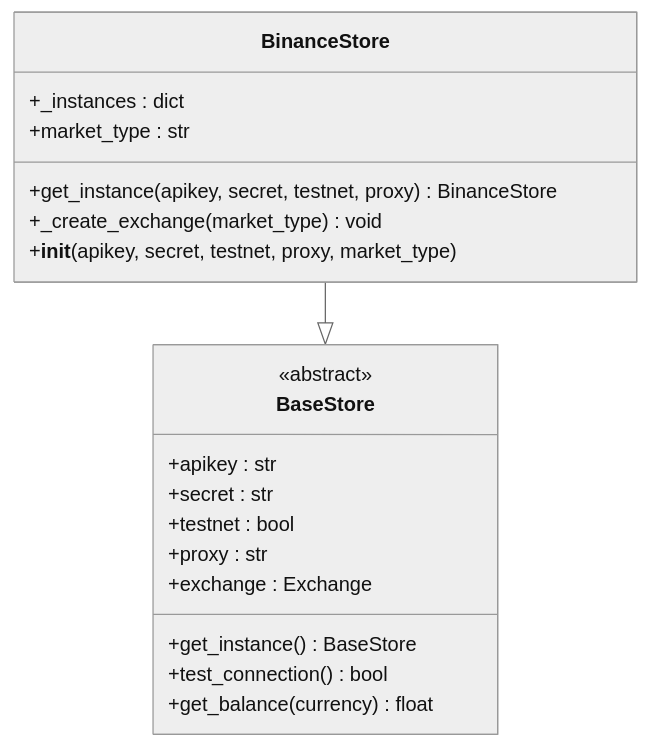
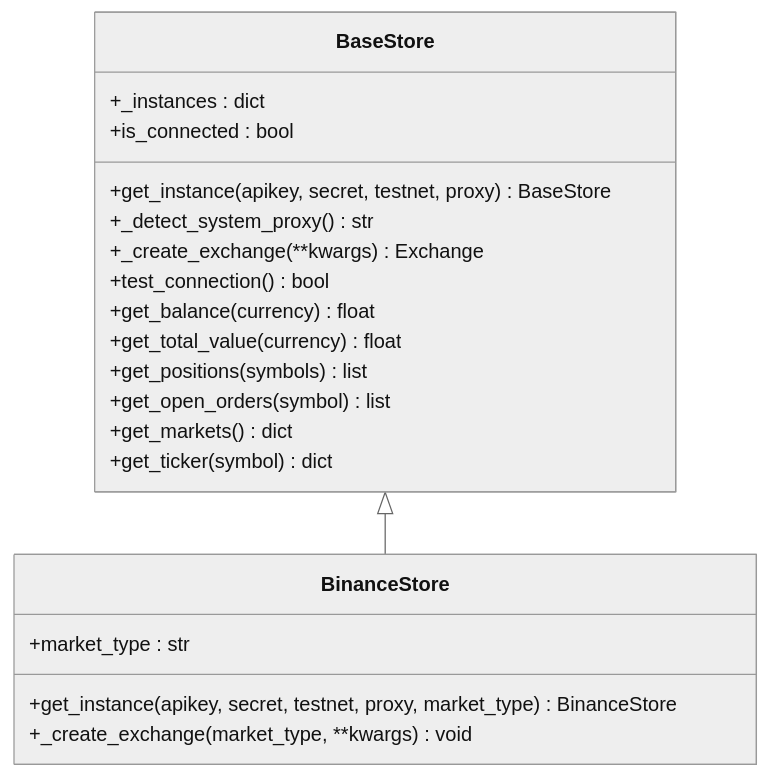
One commit to bench-prog/backtrader changed the fourth of 12 diagrams in .qoder/repowiki/zh/content/实盘交易模块/实盘交易模块.md. Above: the diagram before and after it, drawn with Mermaid (neutral theme). The commit also changed other lines of this file and 40 other files, not shown here.

````diff
--- a/.qoder/repowiki/zh/content/实盘交易模块/实盘交易模块.md
+++ b/.qoder/repowiki/zh/content/实盘交易模块/实盘交易模块.md
@@ -241,22 +260,23 @@
 ```mermaid
 classDiagram
-class BinanceStore {
+class BaseStore {
 +_instances : dict
-+get_instance(apikey, secret, testnet, proxy) BinanceStore
-+_create_exchange(market_type) void
-+__init__(apikey, secret, testnet, proxy, market_type)
-+market_type : str
-}
-class BaseStore {
-<<abstract>>
-+apikey : str
-+secret : str
-+testnet : bool
-+proxy : str
-+exchange : Exchange
-+get_instance() BaseStore
++get_instance(apikey, secret, testnet, proxy) BaseStore
++_detect_system_proxy() str
++_create_exchange(**kwargs) Exchange
 +test_connection() bool
 +get_balance(currency) float
++get_total_value(currency) float
++get_positions(symbols) list
++get_open_orders(symbol) list
++get_markets() dict
++get_ticker(symbol) dict
++is_connected : bool
 }
-BinanceStore --|> BaseStore
+class BinanceStore {
++market_type : str
++get_instance(apikey, secret, testnet, proxy, market_type) BinanceStore
++_create_exchange(market_type, **kwargs) void
+}
+BaseStore <|-- BinanceStore
 ```
````
